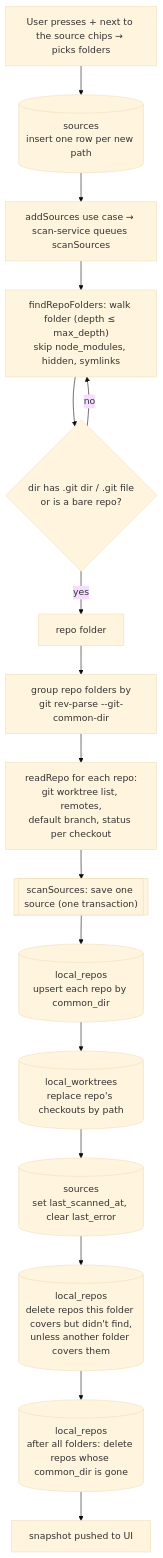
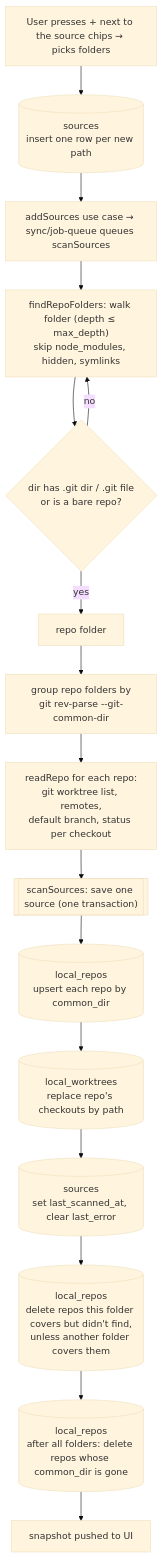
One commit to idotalmor/the-garage-desktop-rn changed the second of 3 diagrams in src/main/local-repos/db/tables/README.md. Above: the diagram before and after it, drawn with Mermaid (base theme). The commit also changed other lines of this file and 24 other files, not shown here.

Commit message:
Split scan-service into sync/ (job-queue, live-sync, snapshot, index); README per local-repos folder with call chains

````diff
--- a/src/main/local-repos/db/tables/README.md
+++ b/src/main/local-repos/db/tables/README.md
@@ -95,18 +95,18 @@
 ```mermaid
 flowchart TD
   A[User presses + next to the source chips → picks folders] --> B[(sources<br/>insert one row per new path)]
-  B --> C[addSources use case → scan-service queues scanSources]
+  B --> C[addSources use case → sync/job-queue queues scanSources]
   C --> D["findRepoFolders: walk folder (depth ≤ max_depth)<br/>skip node_modules, hidden, symlinks"]
   D --> E{"dir has .git dir / .git file<br/>or is a bare repo?"}
   E -- no --> D
   E -- yes --> F[repo folder]
   F --> G["group repo folders by<br/>git rev-parse --git-common-dir"]
   G --> H["readRepo for each repo:<br/>git worktree list, remotes,<br/>default branch, status per checkout"]
   H --> I[["scanSources: save one source (one transaction)"]]
   I --> I2[(local_repos<br/>upsert each repo by common_dir)]
   I2 --> I4[(local_worktrees<br/>replace repo's checkouts by path)]
   I4 --> I5[(sources<br/>set last_scanned_at, clear last_error)]
   I5 --> I6[(local_repos<br/>delete repos this folder covers but didn't find,<br/>unless another folder covers them)]
   I6 --> I7[(local_repos<br/>after all folders: delete repos whose common_dir is gone)]
   I7 --> J[snapshot pushed to UI]
 ```
````
